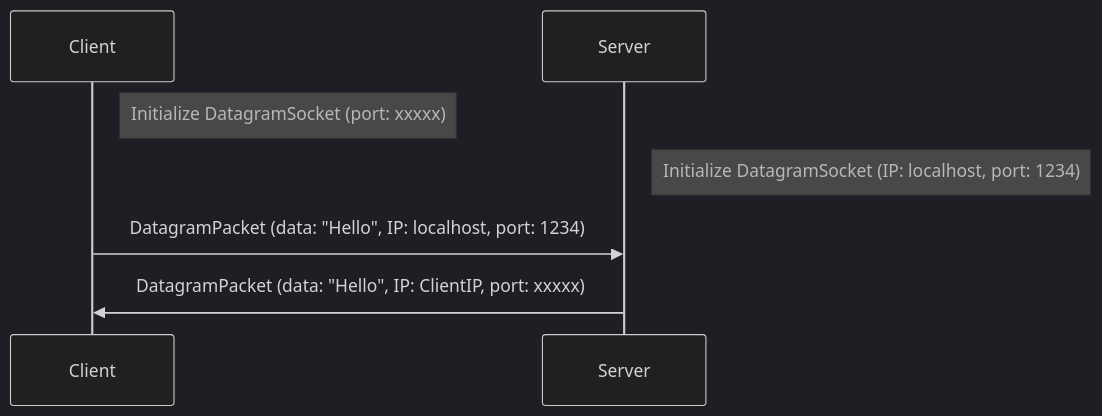
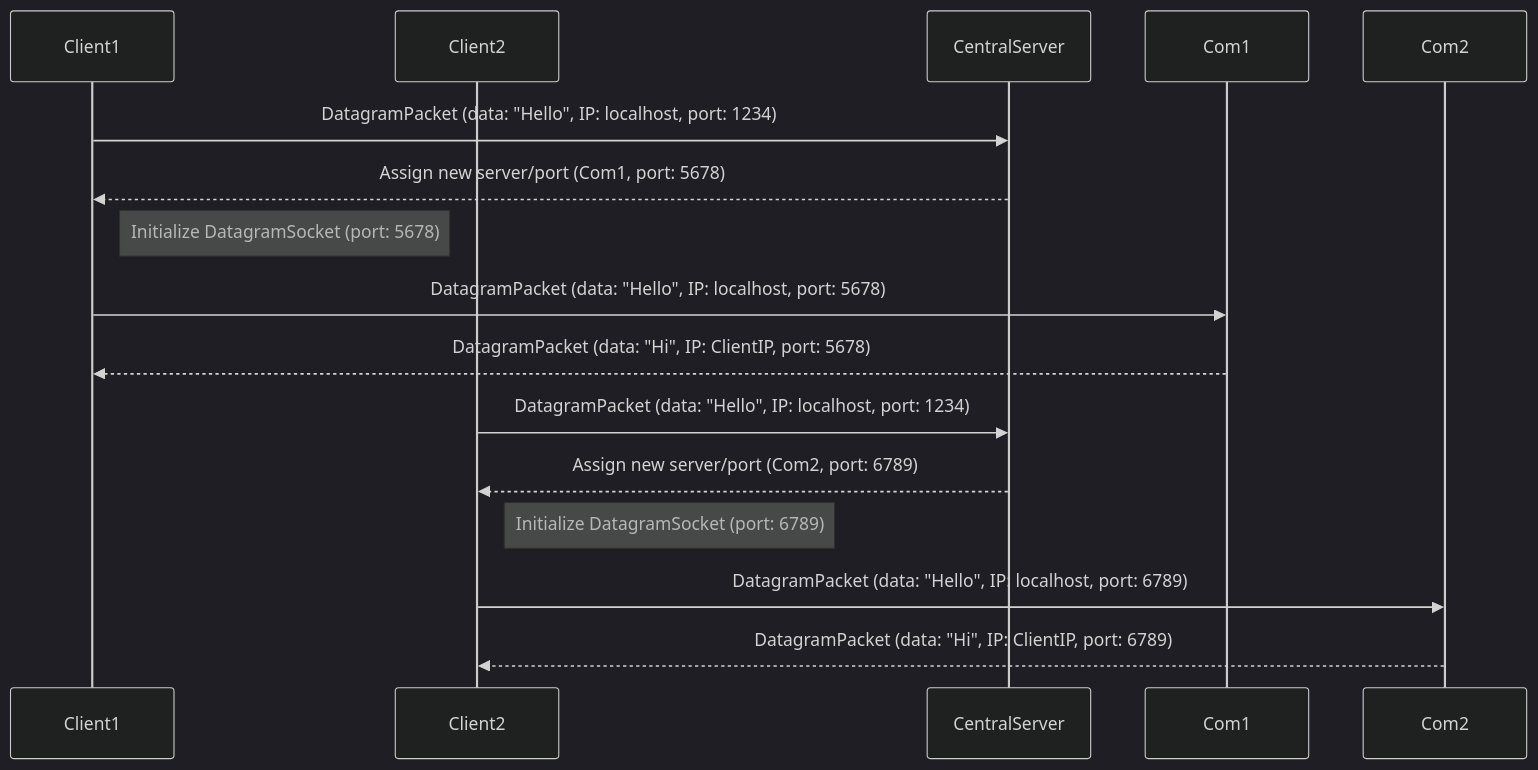
Before and after one commit to FlashOnFire/tpudp: the diagram in readme.md, drawn with Mermaid (dark theme).

Commit message:
update diagram

````diff
--- a/readme.md
+++ b/readme.md
@@ -1,14 +1,28 @@
 ```mermaid
 sequenceDiagram
-    participant Client
-    participant Server
+    participant Client1
+    participant Client2
+    participant CentralServer
+    participant Com1
+    participant Com2
 
-    Note right of Client: Initialize DatagramSocket (port: xxxxx)
-    Note right of Server: Initialize DatagramSocket (IP: localhost, port: 1234)
+    %% Client 1 initial contact with central server
+    Client1->>CentralServer: DatagramPacket (data: "Hello", IP: localhost, port: 1234)
+    %% Central server assigns new server/port to Client 1
+    CentralServer-->>Client1: Assign new server/port (Com1, port: 5678)
 
-    Client->>Server: DatagramPacket (data: "Hello", IP: localhost, port: 1234)
-    #Server-->>Server: Process data
+    %% Client 1 communication through new server
+    Note right of Client1: Initialize DatagramSocket (port: 5678)
+    Client1->>Com1: DatagramPacket (data: "Hello", IP: localhost, port: 5678)
+    Com1-->>Client1: DatagramPacket (data: "Hi", IP: ClientIP, port: 5678)
 
-    Server->>Client: DatagramPacket (data: "Hello", IP: ClientIP, port: xxxxx)
-    #Client-->>Client: Process response
+    %% Client 2 initial contact with central server
+    Client2->>CentralServer: DatagramPacket (data: "Hello", IP: localhost, port: 1234)
+    %% Central server assigns new server/port to Client 2
+    CentralServer-->>Client2: Assign new server/port (Com2, port: 6789)
+
+    %% Client 2 communication through new server
+    Note right of Client2: Initialize DatagramSocket (port: 6789)
+    Client2->>Com2: DatagramPacket (data: "Hello", IP: localhost, port: 6789)
+    Com2-->>Client2: DatagramPacket (data: "Hi", IP: ClientIP, port: 6789)
 ```
````
